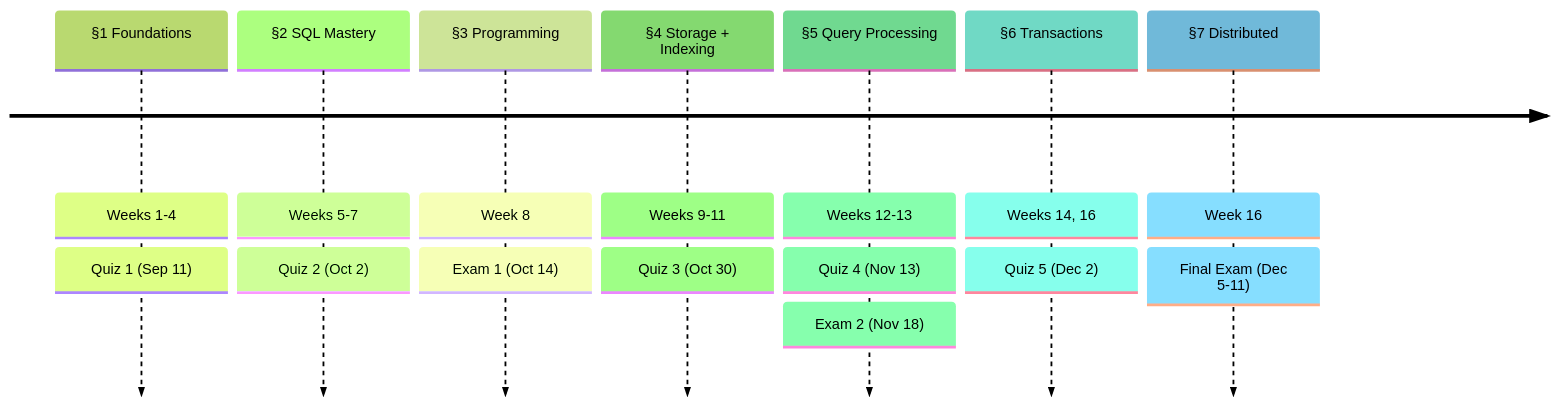
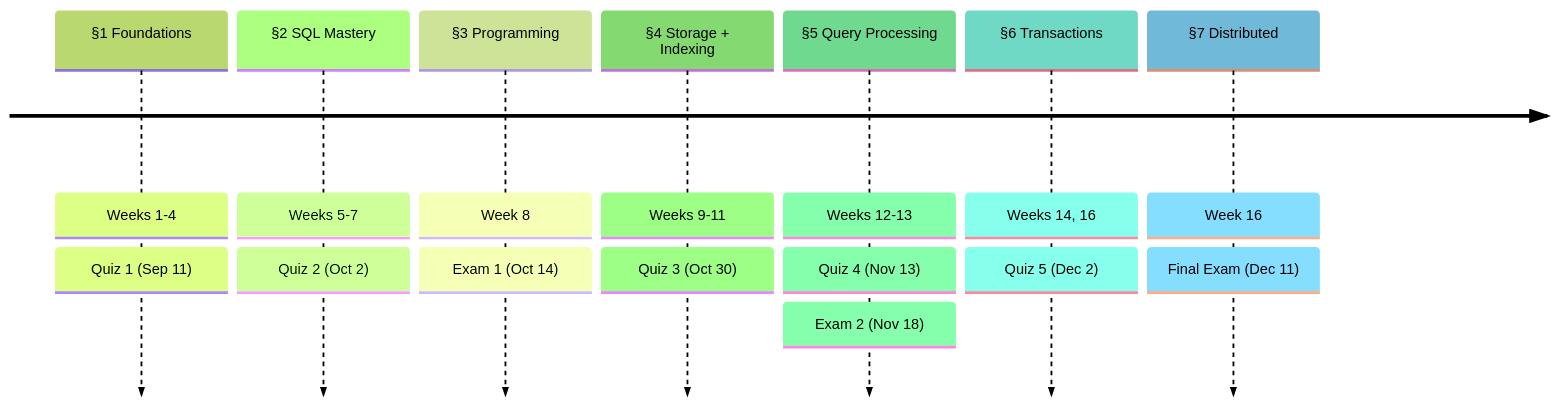
One commit to ufdatastudio/cop5725fa26 changed the third of 7 diagrams in lecture-outlines/day1-introduction/slides.md. Above: the diagram before and after it, drawn with Mermaid (forest theme). The commit also changed other lines of this file and 8 other files, not shown here.

Commit message:
docs: set final exam to Fri Dec 11 10:00-12:00 in MALA 1000

````diff
--- a/lecture-outlines/day1-introduction/slides.md
+++ b/lecture-outlines/day1-introduction/slides.md
@@ -211,10 +211,10 @@
 ```mermaid
 timeline
   §1 Foundations : Weeks 1-4 : Quiz 1 (Sep 11)
   §2 SQL Mastery : Weeks 5-7 : Quiz 2 (Oct 2)
   §3 Programming : Week 8 : Exam 1 (Oct 14)
   §4 Storage + Indexing : Weeks 9-11 : Quiz 3 (Oct 30)
   §5 Query Processing : Weeks 12-13 : Quiz 4 (Nov 13) : Exam 2 (Nov 18)
   §6 Transactions : Weeks 14, 16 : Quiz 5 (Dec 2)
-  §7 Distributed : Week 16 : Final Exam (Dec 5-11)
+  §7 Distributed : Week 16 : Final Exam (Dec 11)
 ```
````
